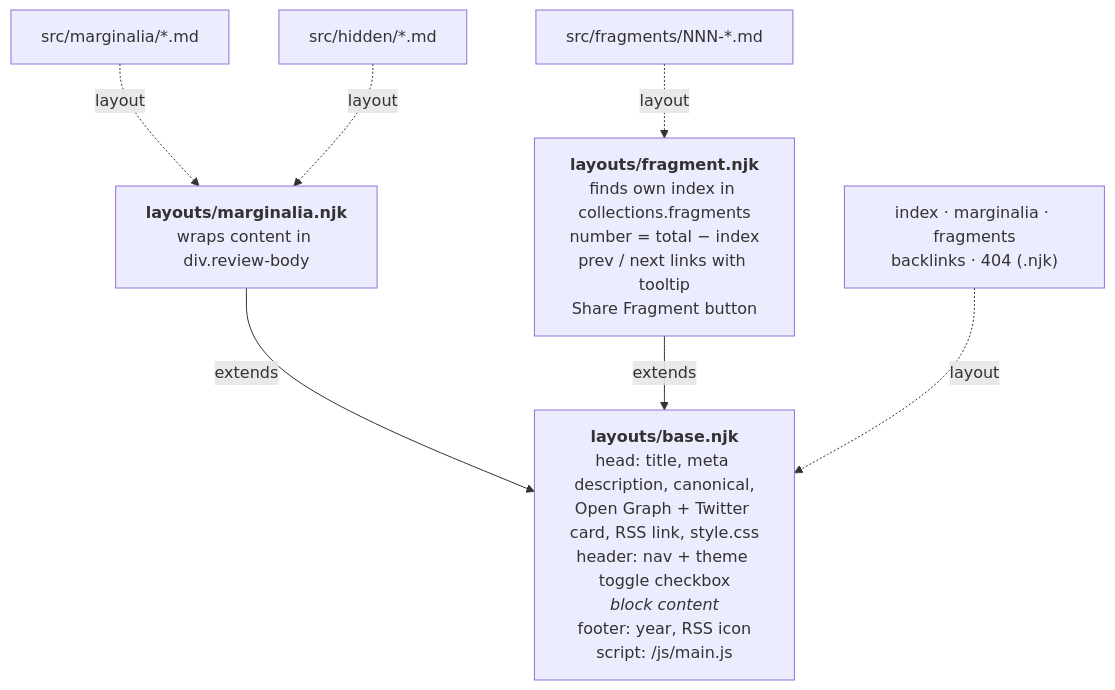
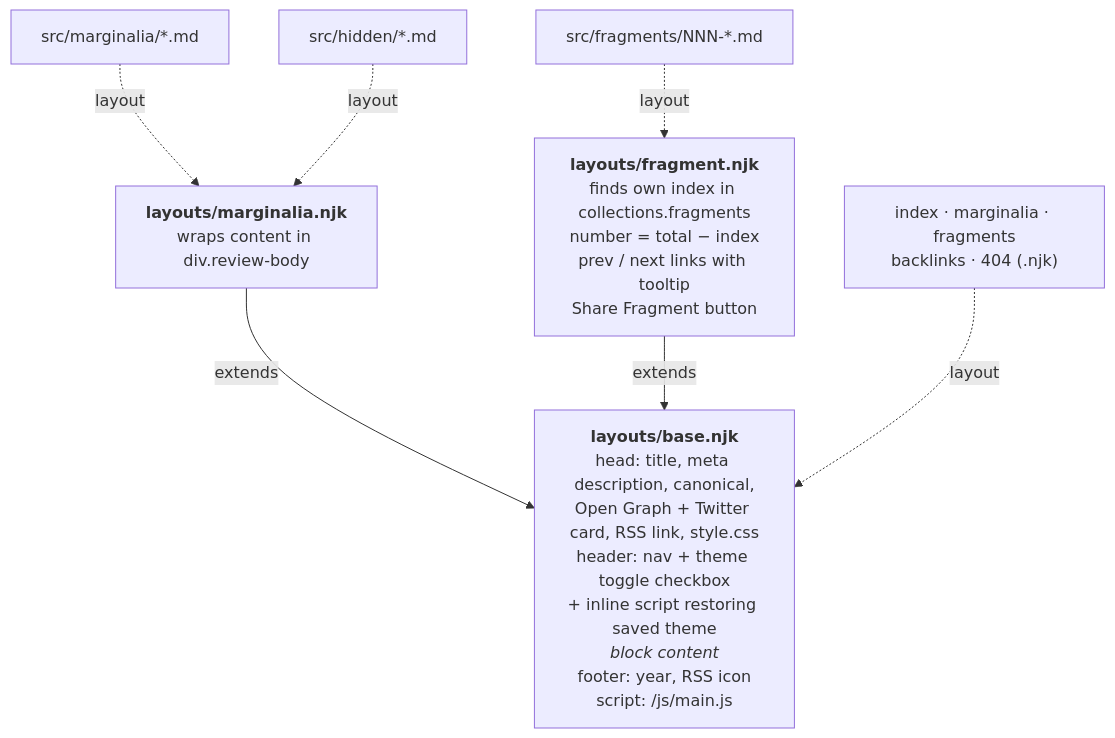
Before and after one commit to raoul-g/raoulyy-blog: the fifth of 9 diagrams in ARCHITECTURE.md, drawn with Mermaid. The commit also changed other lines of this file and 2 other files, not shown here.

First line of the commit message:
restore saved theme before first paint

````diff
--- a/ARCHITECTURE.md
+++ b/ARCHITECTURE.md
@@ -162,14 +162,14 @@
 ```mermaid
 flowchart TB
-    BASE["<b>layouts/base.njk</b><br/>head: title, meta description, canonical,<br/>Open Graph + Twitter card, RSS link, style.css<br/>header: nav + theme toggle checkbox<br/><i>block content</i><br/>footer: year, RSS icon<br/>script: /js/main.js"]
+    BASE["<b>layouts/base.njk</b><br/>head: title, meta description, canonical,<br/>Open Graph + Twitter card, RSS link, style.css<br/>header: nav + theme toggle checkbox<br/>+ inline script restoring saved theme<br/><i>block content</i><br/>footer: year, RSS icon<br/>script: /js/main.js"]
     MARG["<b>layouts/marginalia.njk</b><br/>wraps content in div.review-body"]
     FRAG["<b>layouts/fragment.njk</b><br/>finds own index in collections.fragments<br/>number = total − index<br/>prev / next links with tooltip<br/>Share Fragment button"]
 
     MARG -- extends --> BASE
     FRAG -- extends --> BASE
 
     MP["src/marginalia/*.md"] -. layout .-> MARG
     HP["src/hidden/*.md"] -. layout .-> MARG
     FP["src/fragments/NNN-*.md"] -. layout .-> FRAG
     PAGES["index · marginalia · fragments<br/>backlinks · 404 (.njk)"] -. layout .-> BASE
 ```
````
